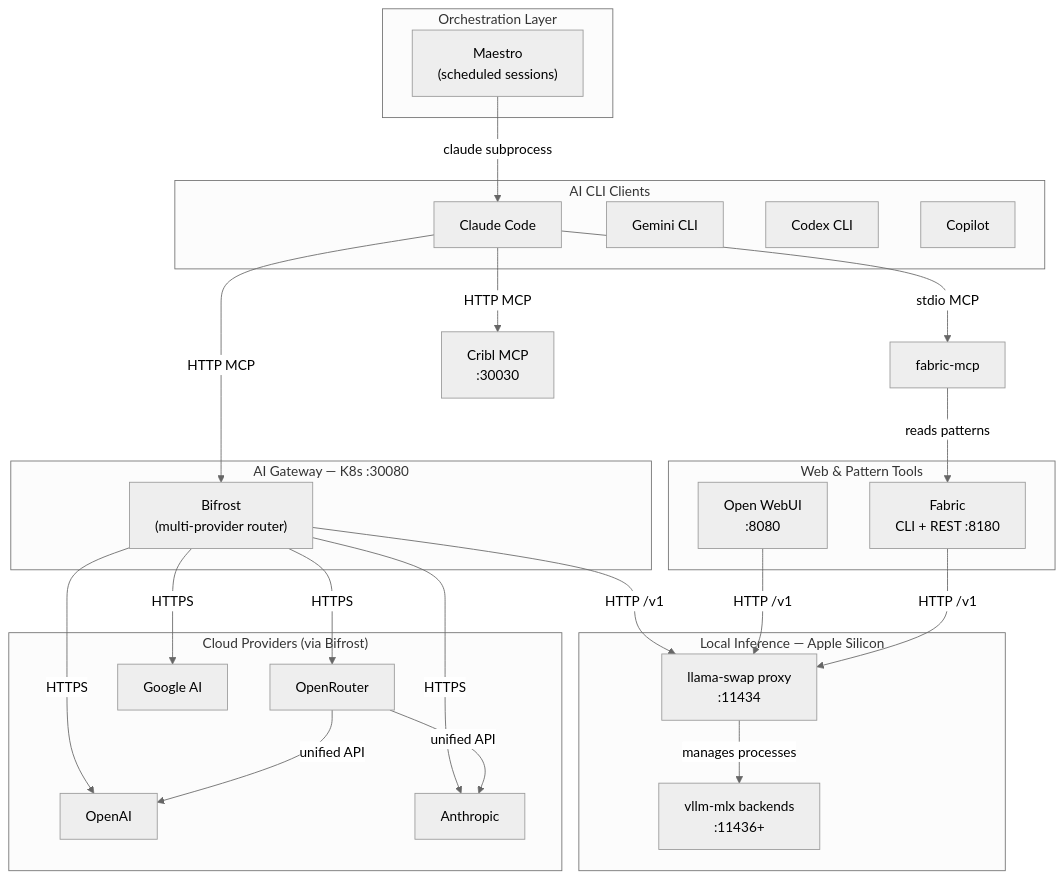
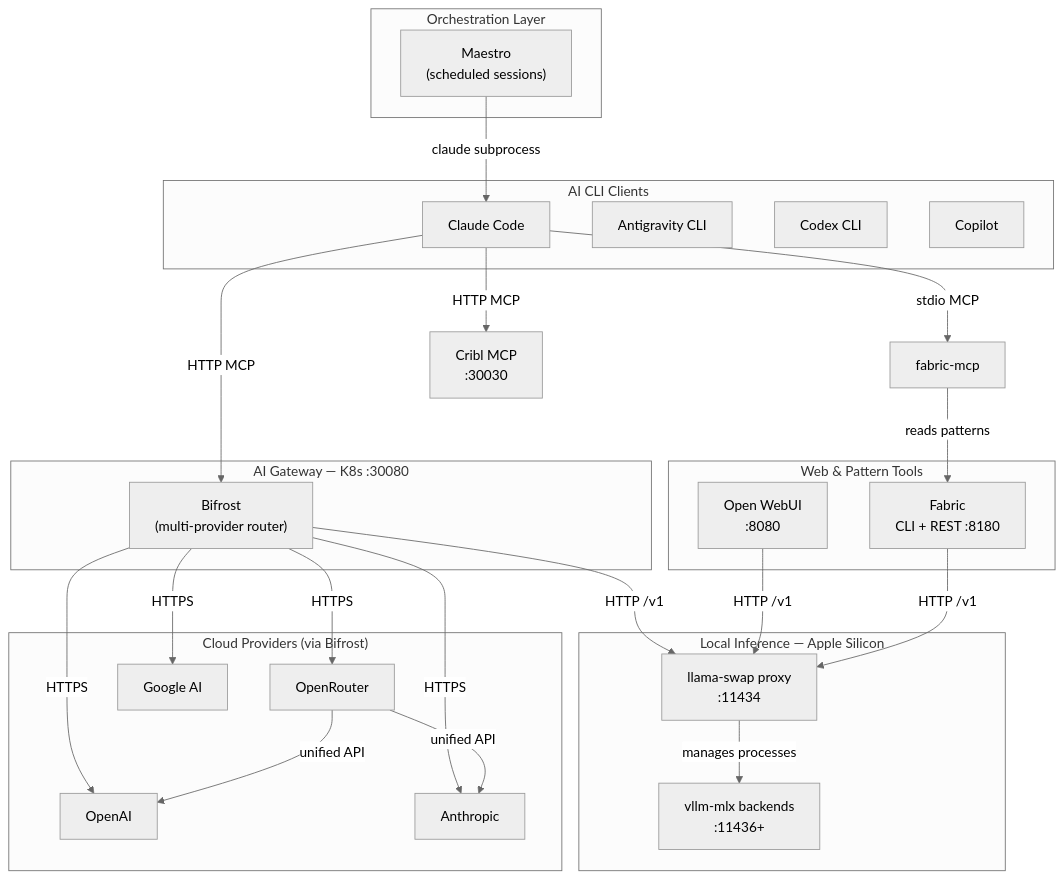
Before and after one commit to dryvist/nix-ai: the first of 4 diagrams in docs/architecture/system-integration-map.md, drawn with Mermaid (neutral theme). The commit also changed other lines of this file and 13 other files, not shown here.

````diff
--- a/docs/architecture/system-integration-map.md
+++ b/docs/architecture/system-integration-map.md
@@ -11,55 +11,55 @@
 ```mermaid
 graph TD
     subgraph Clients["AI CLI Clients"]
         CC["Claude Code"]
-        GEM["Gemini CLI"]
+        GEM["Antigravity CLI"]
         CDX["Codex CLI"]
         COP["Copilot"]
     end
 
     subgraph Orchestration["Orchestration Layer"]
         MAE["Maestro\n(scheduled sessions)"]
     end
 
     subgraph Gateway["AI Gateway — K8s :30080"]
         BIF["Bifrost\n(multi-provider router)"]
     end
 
     subgraph LocalInference["Local Inference — Apple Silicon"]
         LS["llama-swap proxy\n:11434"]
         VLLM["vllm-mlx backends\n:11436+"]
     end
 
     subgraph WebTools["Web & Pattern Tools"]
         OWU["Open WebUI\n:8080"]
         FAB["Fabric\nCLI + REST :8180"]
     end
 
     subgraph Cloud["Cloud Providers (via Bifrost)"]
         OR["OpenRouter"]
         OAI["OpenAI"]
         ANT["Anthropic"]
         GGL["Google AI"]
     end
 
     CC -->|stdio MCP| FAB_MCP["fabric-mcp"]
     CC -->|HTTP MCP| BIF
     CC -->|HTTP MCP| CRIBL["Cribl MCP\n:30030"]
     MAE -->|claude subprocess| CC
 
     FAB_MCP -->|reads patterns| FAB
 
     BIF -->|HTTP /v1| LS
     BIF -->|HTTPS| OR
     BIF -->|HTTPS| OAI
     BIF -->|HTTPS| ANT
     BIF -->|HTTPS| GGL
 
     OR -->|unified API| OAI
     OR -->|unified API| ANT
 
     OWU -->|HTTP /v1| LS
     FAB -->|HTTP /v1| LS
 
     LS -->|manages processes| VLLM
 ```
````
